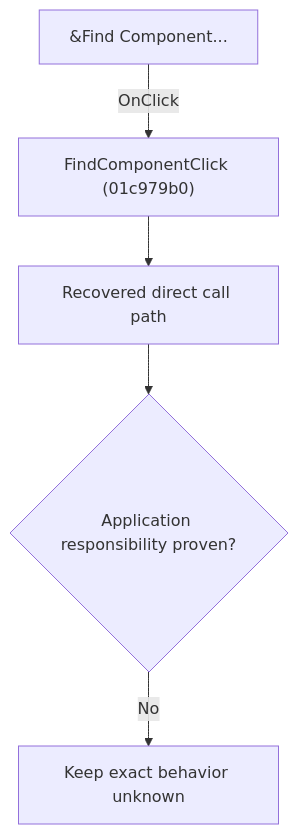
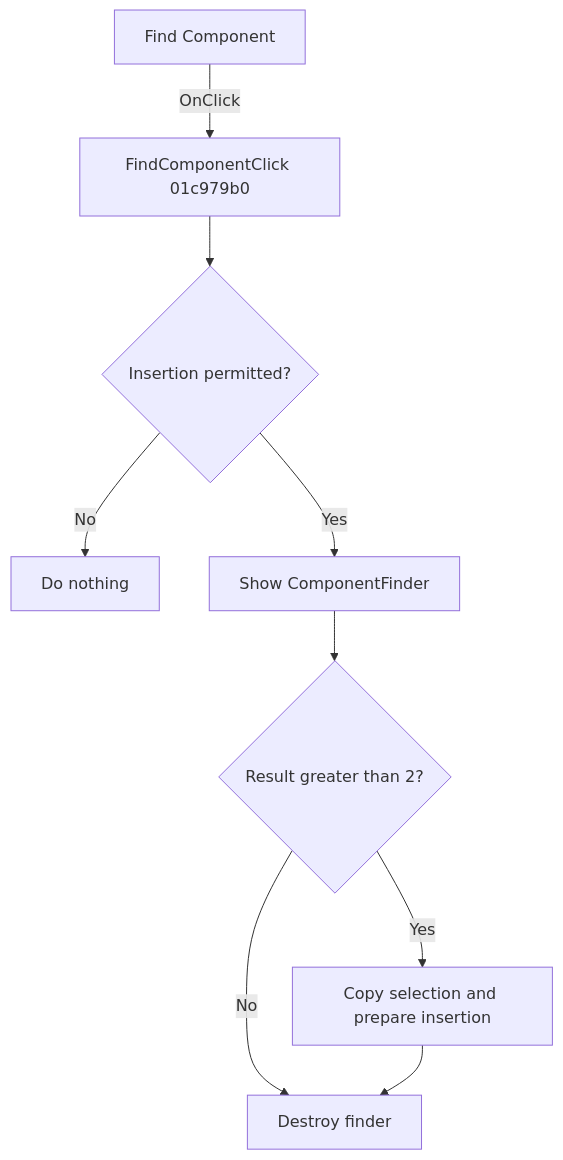
The diagram in docs/ui-controls/schematiceditor/findcomponent-dd160e51b4.md (MovGP0/TIARA), drawn with Mermaid before and after one commit. The commit also changed other lines of this file and 241 other files, not shown here.

````diff
--- a/docs/ui-controls/schematiceditor/findcomponent-dd160e51b4.md
+++ b/docs/ui-controls/schematiceditor/findcomponent-dd160e51b4.md
@@ -27,7 +24,11 @@
 ```mermaid
 flowchart TD
-    control["&Find Component..."] -->|"OnClick"| handler["FindComponentClick (01c979b0)"]
-    handler --> recovered["Recovered direct call path"]
-    recovered --> gap{"Application responsibility proven?"}
-    gap -->|"No"| blocked["Keep exact behavior unknown"]
+    control["Find Component"] -->|"OnClick"| handler["FindComponentClick 01c979b0"]
+    handler --> allowed{"Insertion permitted?"}
+    allowed -->|"No"| noOp["Do nothing"]
+    allowed -->|"Yes"| finder["Show ComponentFinder"]
+    finder --> selected{"Result greater than 2?"}
+    selected -->|"No"| dispose["Destroy finder"]
+    selected -->|"Yes"| prepare["Copy selection and prepare insertion"]
+    prepare --> dispose
 ```
````
